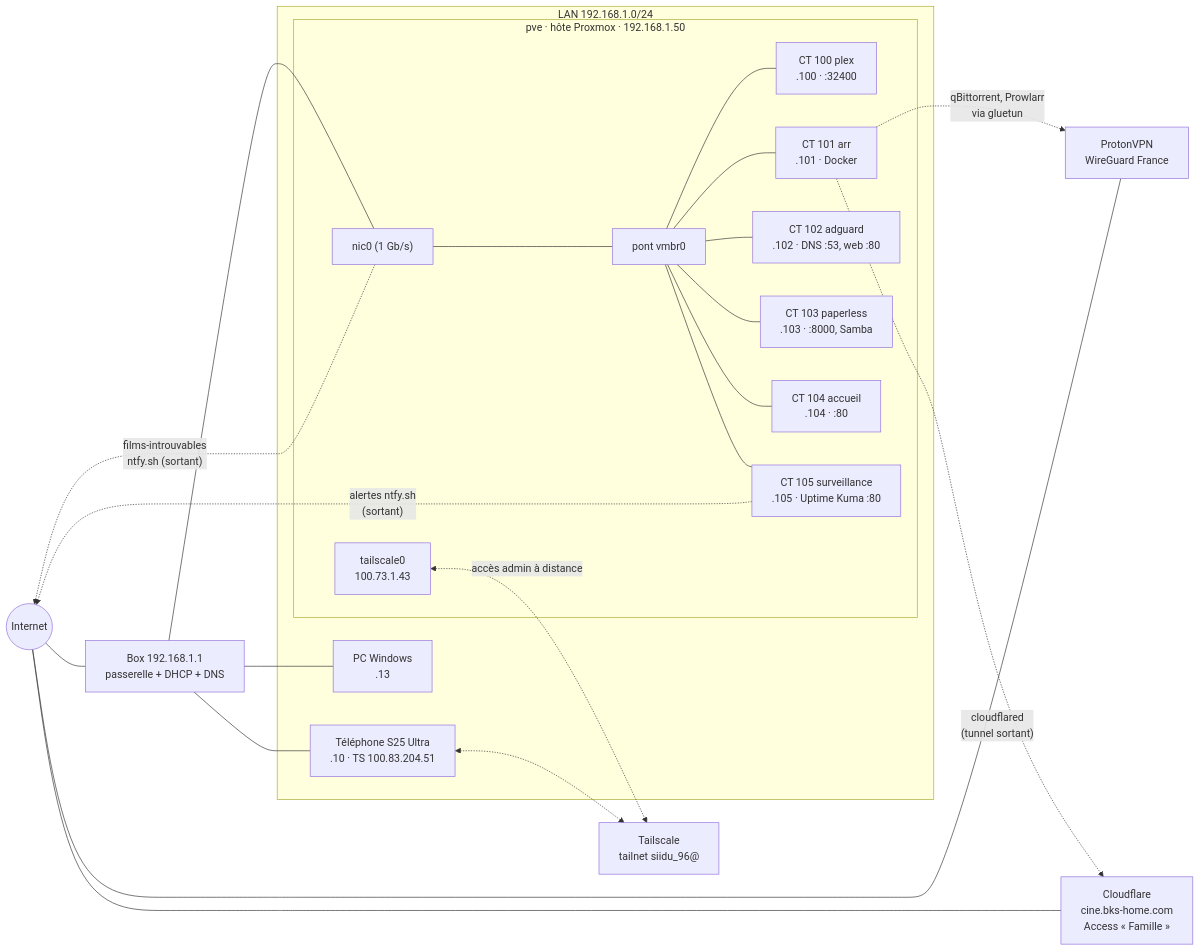
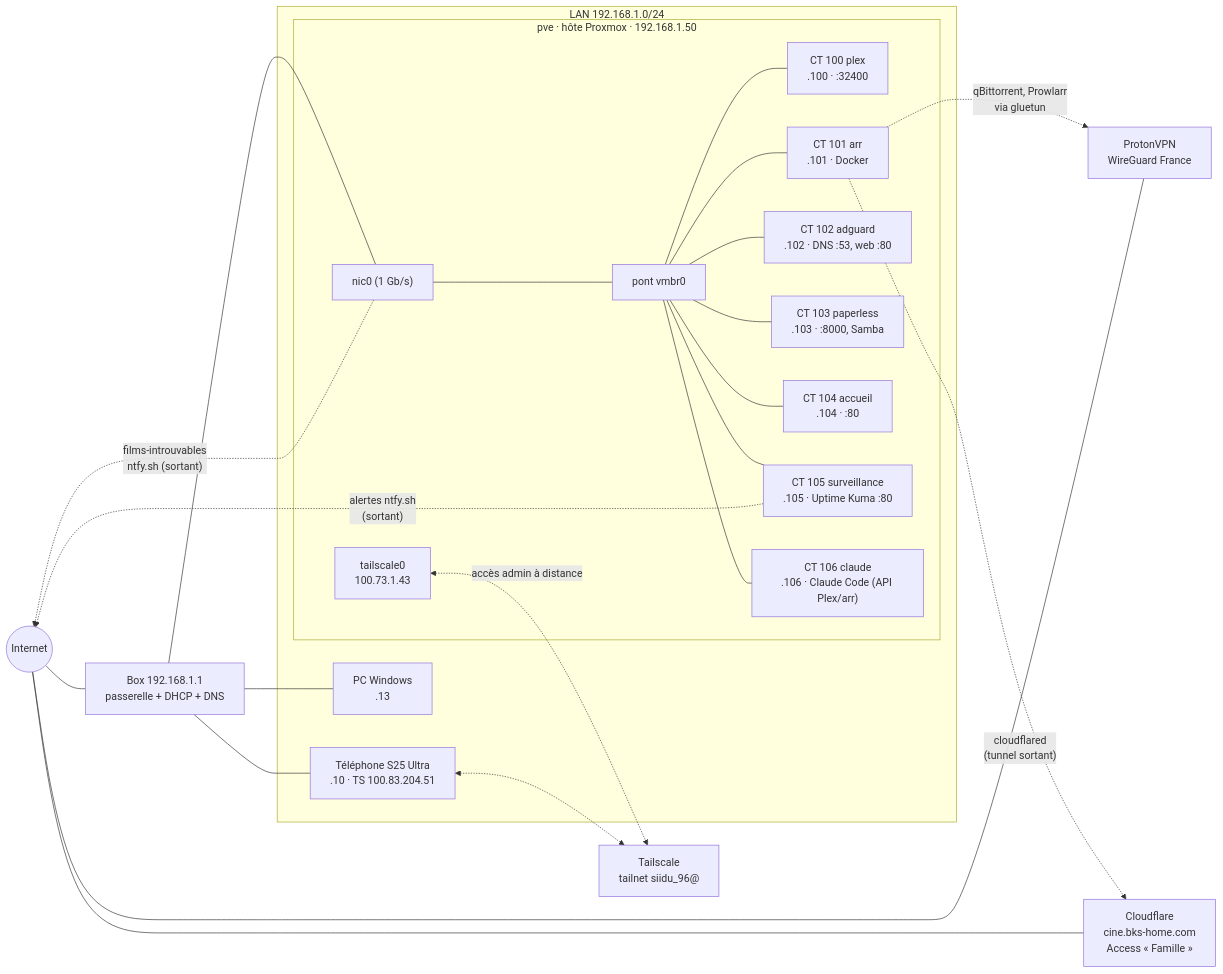
The first of 4 diagrams in docs/schemas.md (BksSidAhmed/infra-pve), drawn with Mermaid before and after one commit. The commit also changed other lines of this file and 11 other files, not shown here.

Commit message:
CT 106 : nouveau conteneur Claude « Plex seulement » (Remote Control, API arr/Plex uniquement)

````diff
--- a/docs/schemas.md
+++ b/docs/schemas.md
@@ -9,36 +9,37 @@
 ```mermaid
 flowchart LR
     internet(("Internet"))
     box["Box 192.168.1.1<br/>passerelle + DHCP + DNS"]
     cf["Cloudflare<br/>cine.bks-home.com<br/>Access « Famille »"]
     proton["ProtonVPN<br/>WireGuard France"]
     ts["Tailscale<br/>tailnet siidu_96@"]
 
     subgraph lan["LAN 192.168.1.0/24"]
         pc["PC Windows<br/>.13"]
         tel["Téléphone S25 Ultra<br/>.10 · TS 100.83.204.51"]
         subgraph pve["pve · hôte Proxmox · 192.168.1.50"]
             nic0["nic0 (1 Gb/s)"] --- vmbr0["pont vmbr0"]
             tsh["tailscale0<br/>100.73.1.43"]
             vmbr0 --- ct100["CT 100 plex<br/>.100 · :32400"]
             vmbr0 --- ct101["CT 101 arr<br/>.101 · Docker"]
             vmbr0 --- ct102["CT 102 adguard<br/>.102 · DNS :53, web :80"]
             vmbr0 --- ct103["CT 103 paperless<br/>.103 · :8000, Samba"]
             vmbr0 --- ct104["CT 104 accueil<br/>.104 · :80"]
             vmbr0 --- ct105["CT 105 surveillance<br/>.105 · Uptime Kuma :80"]
+            vmbr0 --- ct106["CT 106 claude<br/>.106 · Claude Code (API Plex/arr)"]
         end
     end
 
     internet --- box
     box --- pc
     box --- tel
     box --- nic0
     ct101 -. "qBittorrent, Prowlarr<br/>via gluetun" .-> proton
     ct101 -. "cloudflared<br/>(tunnel sortant)" .-> cf
     tsh <-. "accès admin à distance" .-> ts
     tel <-.-> ts
     proton --- internet
     cf --- internet
     ct105 -. "alertes ntfy.sh<br/>(sortant)" .-> internet
     nic0 -. "films-introuvables<br/>ntfy.sh (sortant)" .-> internet
 ```
````
